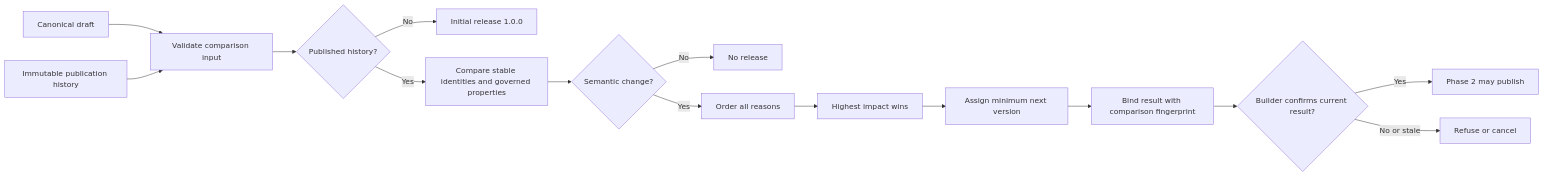
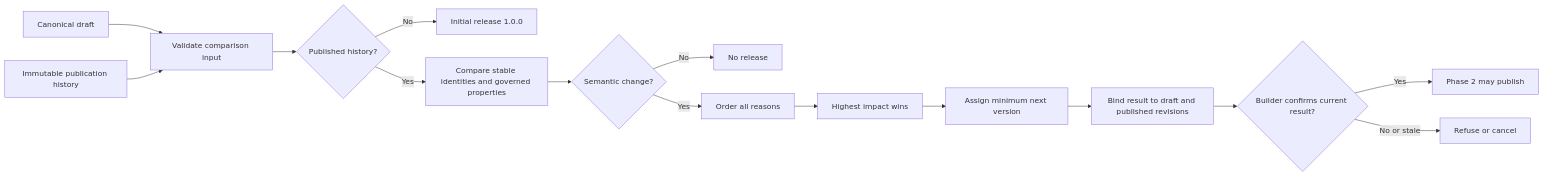
One commit to Abzum-NZ/Abzum-Vortex changed the diagram in docs/specification/appendices/version-impact-policy.md. Above: the diagram before and after it, drawn with Mermaid. The commit also changed other lines of this file and 7 other files, not shown here.

Commit message:
Use revisions for page adoption comparison

````diff
--- a/docs/specification/appendices/version-impact-policy.md
+++ b/docs/specification/appendices/version-impact-policy.md
@@ -11,17 +11,17 @@
 ```mermaid
 flowchart LR
     D[Canonical draft] --> V[Validate comparison input]
     H[Immutable publication history] --> V
     V --> C{Published history?}
     C -- No --> I[Initial release 1.0.0]
     C -- Yes --> X[Compare stable identities and governed properties]
     X --> N{Semantic change?}
     N -- No --> Z[No release]
     N -- Yes --> R[Order all reasons]
     R --> M[Highest impact wins]
     M --> A[Assign minimum next version]
-    A --> F[Bind result with comparison fingerprint]
+    A --> F[Bind result to draft and published revisions]
     F --> B{Builder confirms current result?}
     B -- Yes --> P[Phase 2 may publish]
     B -- No or stale --> Q[Refuse or cancel]
 ```
````
